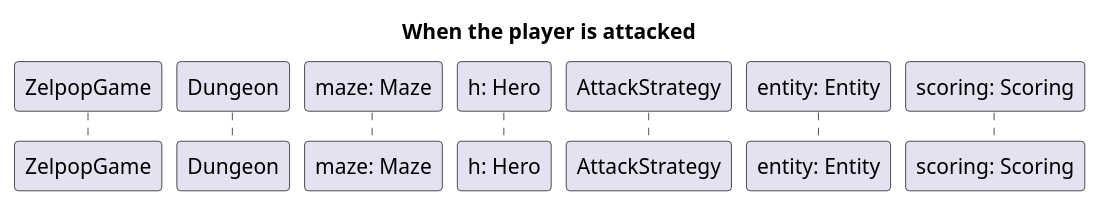
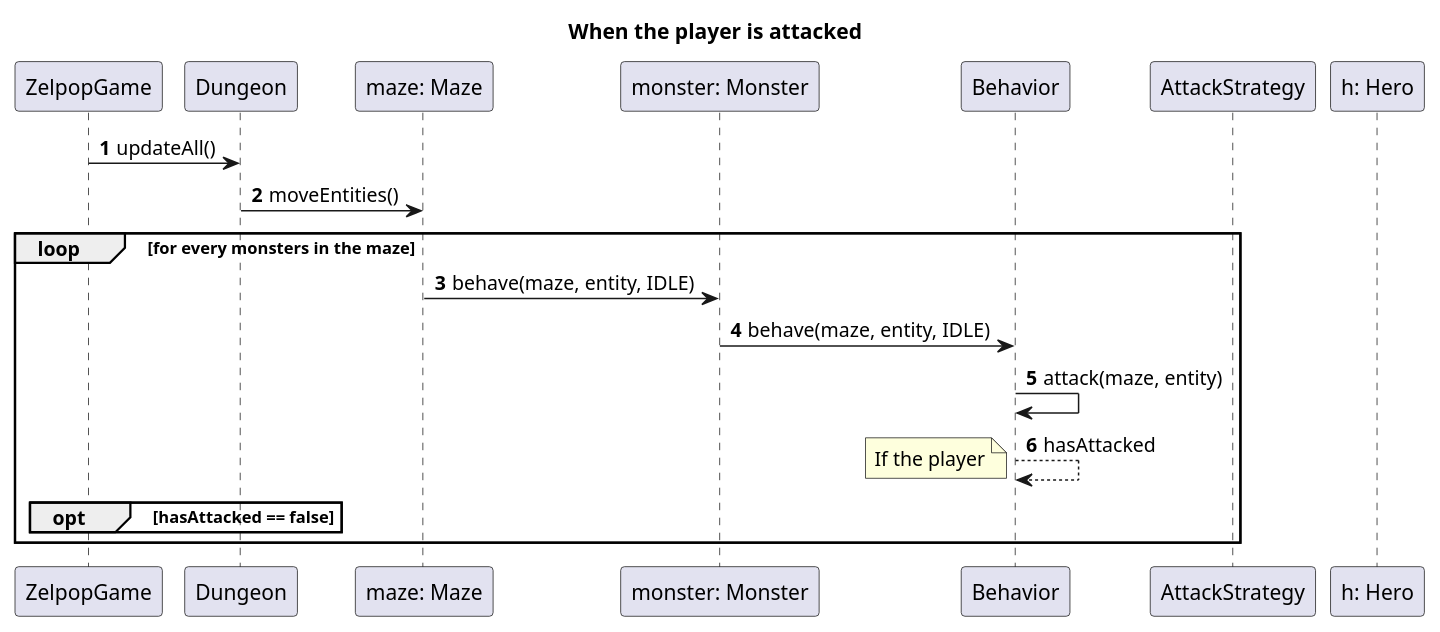
One commit to Reynault/ACL_2019_Zelpop changed the diagram in doc/second_sprint/diagrams/puml/sequences/PlayerIsAttacked.puml. Above: the diagram before and after it, drawn with PlantUML. The commit also changed 8 other files, not shown here.

Commit message:
second sprint: update diagrams

```diff
--- a/doc/second_sprint/diagrams/puml/sequences/PlayerIsAttacked.puml
+++ b/doc/second_sprint/diagrams/puml/sequences/PlayerIsAttacked.puml
@@ -1,16 +1,38 @@
 @startuml
 
 title When the player is attacked
 autonumber
 
 participant ZelpopGame as z
 participant Dungeon as d
 participant "maze: Maze" as m
+participant "monster: Monster" as e
+participant "Behavior" as b
+participant AttackStrategy as as
 participant "h: Hero" as h
-participant AttackStrategy as as
-participant "entity: Entity" as e
-participant "scoring: Scoring" as s
 
+z -> d: updateAll()
 
+d -> m: moveEntities()
+
+loop for every monsters in the maze
+
+    m -> e: behave(maze, entity, IDLE)
+
+    e -> b: behave(maze, entity, IDLE)
+
+    b -> b: attack(maze, entity)
+
+    b --> b: hasAttacked
+
+    note left
+        If the player
+    end note
+
+    opt hasAttacked == false
+
+    end
+
+end
 
 @enduml
```
